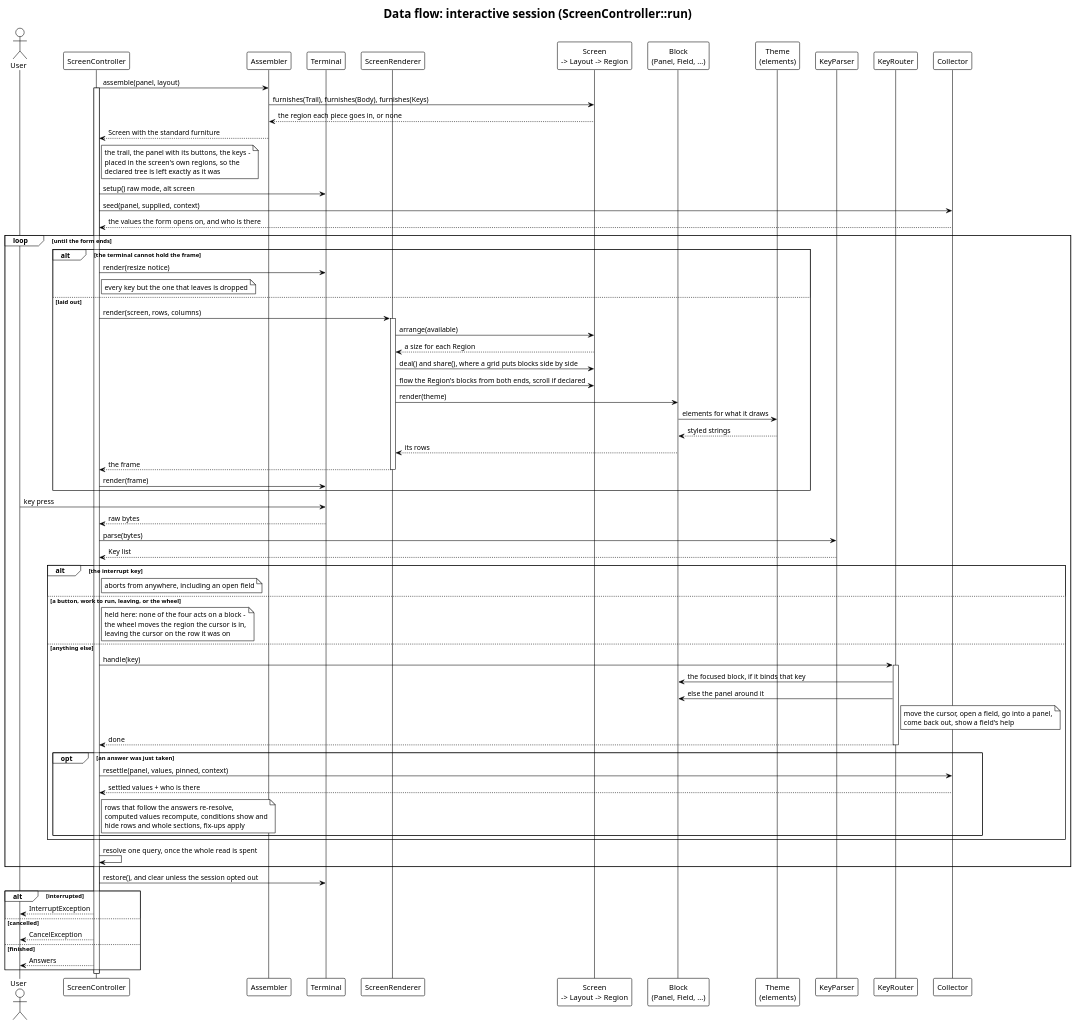
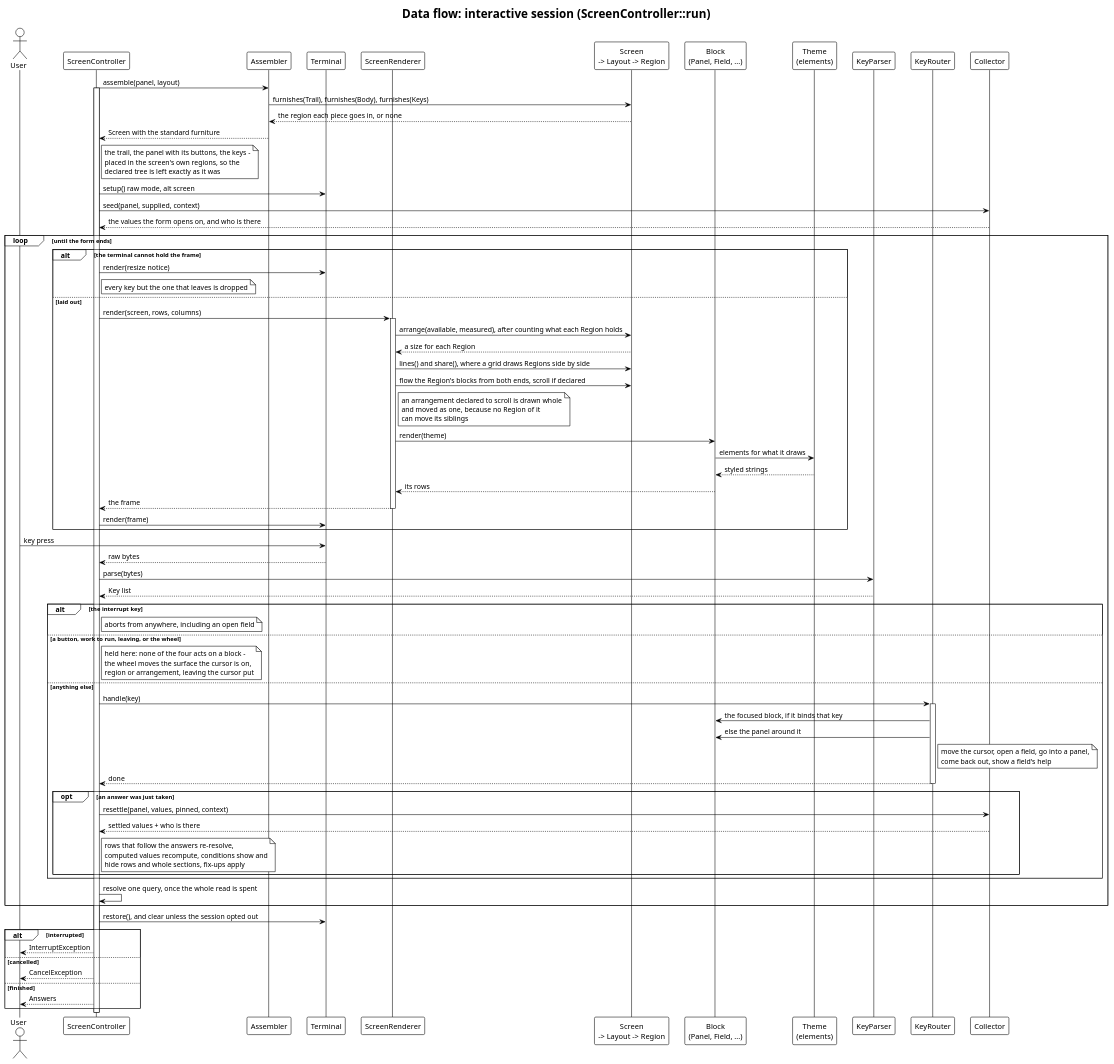
The diagram in docs/architecture/dataflow-tui.puml (drevops/phptui), drawn with PlantUML before and after one commit. The commit also changed 289 other files, not shown here.

Commit message:
Settled the grid, scroll and theme trade-offs the previous refactor left open, and renamed every namespace for what it holds. (#149)

```diff
--- a/docs/architecture/dataflow-tui.puml
+++ b/docs/architecture/dataflow-tui.puml
@@ -1,94 +1,95 @@
 @startuml
 ' drevops/tui - data flow for the interactive screen session.
 ' Traced from src/Screen/ScreenController.php (run -> paint/handle), with
 ' src/Screen/ScreenRenderer.php drawing outward from the Screen, src/Screen/
 ' KeyRouter.php sending each key inward, src/Input/ resolving a key press to a
 ' semantic action, and src/Screen/Collector.php re-settling after every answer.
 ' Regenerate every SVG with:  plantuml -tsvg docs/architecture/*.puml
 !theme plain
 skinparam backgroundColor white
 skinparam defaultFontName Helvetica
 skinparam shadowing false
 title Data flow: interactive session (ScreenController::run)
 
 actor "User" as User
 participant "ScreenController" as SC
 participant "Assembler" as Asm
 participant "Terminal" as Term
 participant "ScreenRenderer" as SR
 participant "Screen\n-> Layout -> Region" as Screen
 participant "Block\n(Panel, Field, ...)" as Block
 participant "Theme\n(elements)" as Theme
 participant "KeyParser" as KP
 participant "KeyRouter" as KR
 participant "Collector" as Col
 
 SC -> Asm: assemble(panel, layout)
 activate SC
 Asm -> Screen: furnishes(Trail), furnishes(Body), furnishes(Keys)
 Screen --> Asm: the region each piece goes in, or none
 Asm --> SC: Screen with the standard furniture
 note right of SC: the trail, the panel with its buttons, the keys -\nplaced in the screen's own regions, so the\ndeclared tree is left exactly as it was
 
 SC -> Term: setup() raw mode, alt screen
 SC -> Col: seed(panel, supplied, context)
 Col --> SC: the values the form opens on, and who is there
 
 loop until the form ends
   alt the terminal cannot hold the frame
     SC -> Term: render(resize notice)
     note right of SC: every key but the one that leaves is dropped
   else laid out
     SC -> SR: render(screen, rows, columns)
     activate SR
-    SR -> Screen: arrange(available)
+    SR -> Screen: arrange(available, measured), after counting what each Region holds
     Screen --> SR: a size for each Region
-    SR -> Screen: deal() and share(), where a grid puts blocks side by side
+    SR -> Screen: lines() and share(), where a grid draws Regions side by side
     SR -> Screen: flow the Region's blocks from both ends, scroll if declared
+    note right of SR: an arrangement declared to scroll is drawn whole\nand moved as one, because no Region of it\ncan move its siblings
     SR -> Block: render(theme)
     Block -> Theme: elements for what it draws
     Theme --> Block: styled strings
     Block --> SR: its rows
     SR --> SC: the frame
     deactivate SR
     SC -> Term: render(frame)
   end
 
   User -> Term: key press
   Term --> SC: raw bytes
   SC -> KP: parse(bytes)
   KP --> SC: Key list
 
   alt the interrupt key
     note right of SC: aborts from anywhere, including an open field
   else a button, work to run, leaving, or the wheel
-    note right of SC: held here: none of the four acts on a block -\nthe wheel moves the region the cursor is in,\nleaving the cursor on the row it was on
+    note right of SC: held here: none of the four acts on a block -\nthe wheel moves the surface the cursor is on,\nregion or arrangement, leaving the cursor put
   else anything else
     SC -> KR: handle(key)
     activate KR
     KR -> Block: the focused block, if it binds that key
     KR -> Block: else the panel around it
     note right of KR: move the cursor, open a field, go into a panel,\ncome back out, show a field's help
     KR --> SC: done
     deactivate KR
 
     opt an answer was just taken
       SC -> Col: resettle(panel, values, pinned, context)
       Col --> SC: settled values + who is there
       note right of SC: rows that follow the answers re-resolve,\ncomputed values recompute, conditions show and\nhide rows and whole sections, fix-ups apply
     end
   end
 
   SC -> SC: resolve one query, once the whole read is spent
 end
 
 SC -> Term: restore(), and clear unless the session opted out
 alt interrupted
   SC --> User: InterruptException
 else cancelled
   SC --> User: CancelException
 else finished
   SC --> User: Answers
 end
 deactivate SC
 @enduml
```
